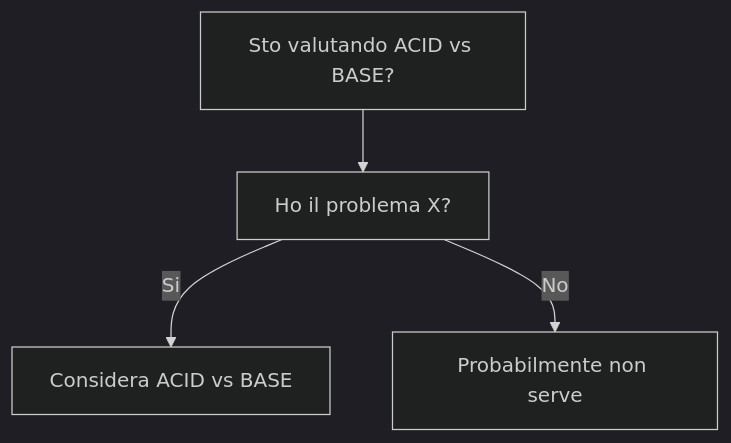
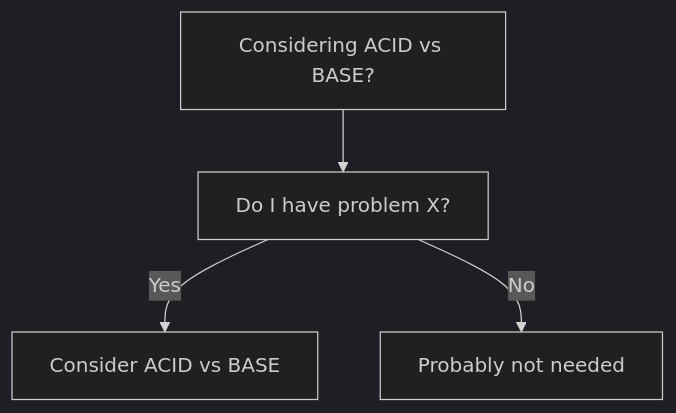
Before and after one commit to HxT9/Software-Dev-Wiki: the diagram in dev-wiki/06_Data_Storage/ACID_vs_BASE/When_To_Use.md, drawn with Mermaid (dark theme). The commit also changed other lines of this file and 3444 other files, not shown here.

````diff
--- a/dev-wiki/06_Data_Storage/ACID_vs_BASE/When_To_Use.md
+++ b/dev-wiki/06_Data_Storage/ACID_vs_BASE/When_To_Use.md
@@ -19,6 +19,6 @@
 ```mermaid
 flowchart TD
-  Q[Sto valutando ACID vs BASE?] --> Q1[Ho il problema X?]
-  Q1 -->|Si| OK[Considera ACID vs BASE]
-  Q1 -->|No| NO[Probabilmente non serve]
+  Q[Considering ACID vs BASE?] --> Q1[Do I have problem X?]
+  Q1 -->|Yes| OK[Consider ACID vs BASE]
+  Q1 -->|No| NO[Probably not needed]
 ```
````
